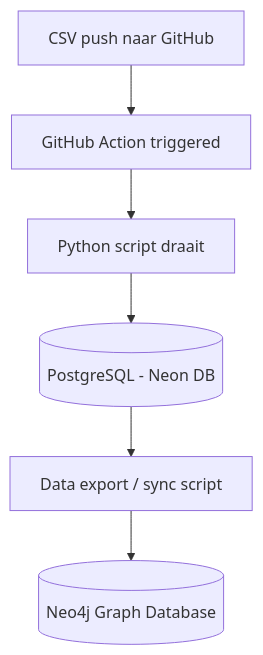
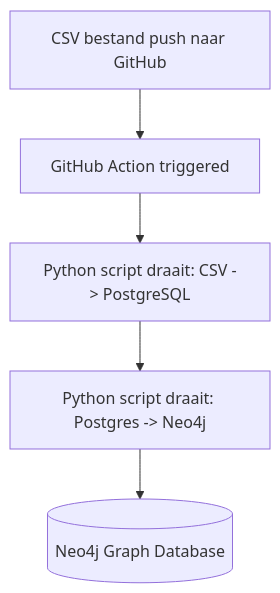
The diagram in code/Postgress/flow.md (Thomas-More-Digital-Innovation/2526-MOBI-027-Database-design), drawn with Mermaid before and after one commit.

Commit message:
Update flowchart for data processing steps

````diff
--- a/code/Postgress/flow.md
+++ b/code/Postgress/flow.md
@@ -1,8 +1,8 @@
 ```mermaid
 flowchart TD
-    A[CSV push naar GitHub] --> B[GitHub Action triggered]
-    B --> C[Python script draait]
-    C --> D[(PostgreSQL - Neon DB)]
-    D --> E[Data export / sync script]
-    E --> F[(Neo4j Graph Database)]
+    A[CSV bestand push naar GitHub] --> B[GitHub Action triggered]
+    B --> C[Python script draait: CSV -> PostgreSQL]
+    C --> D[Python script draait: Postgres -> Neo4j]
+    D --> E[(Neo4j Graph Database)]
+
 ```
````
